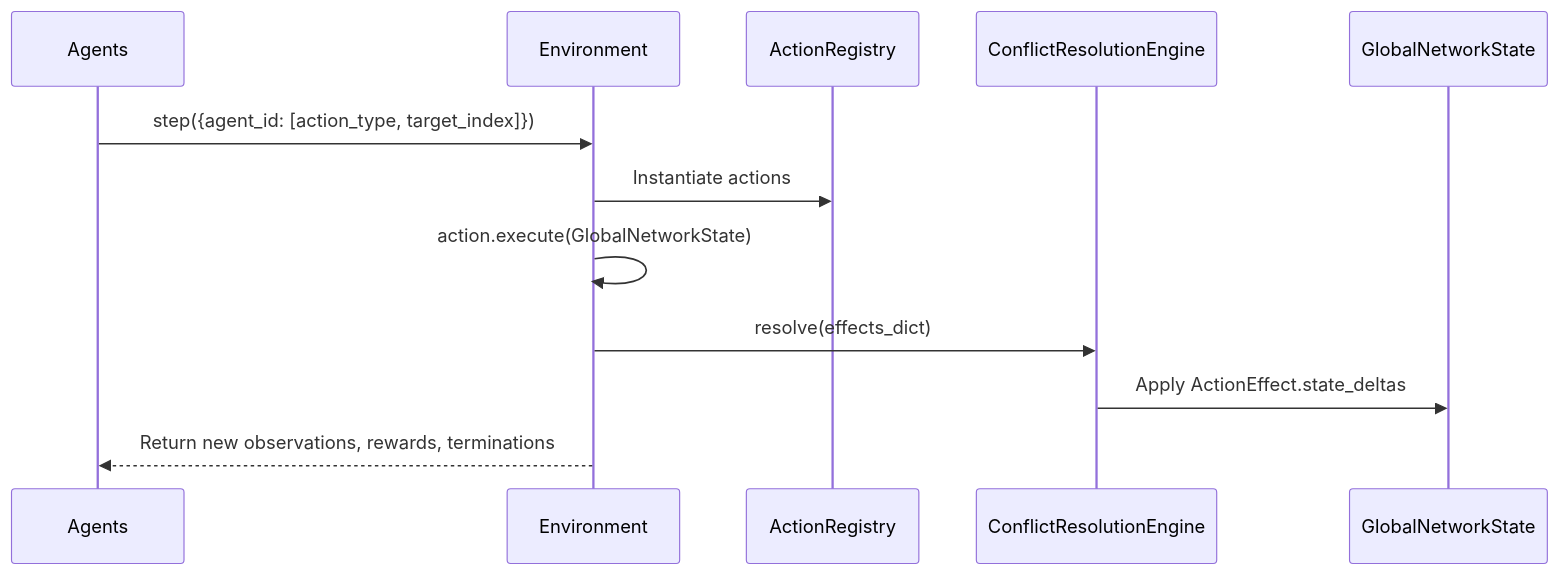
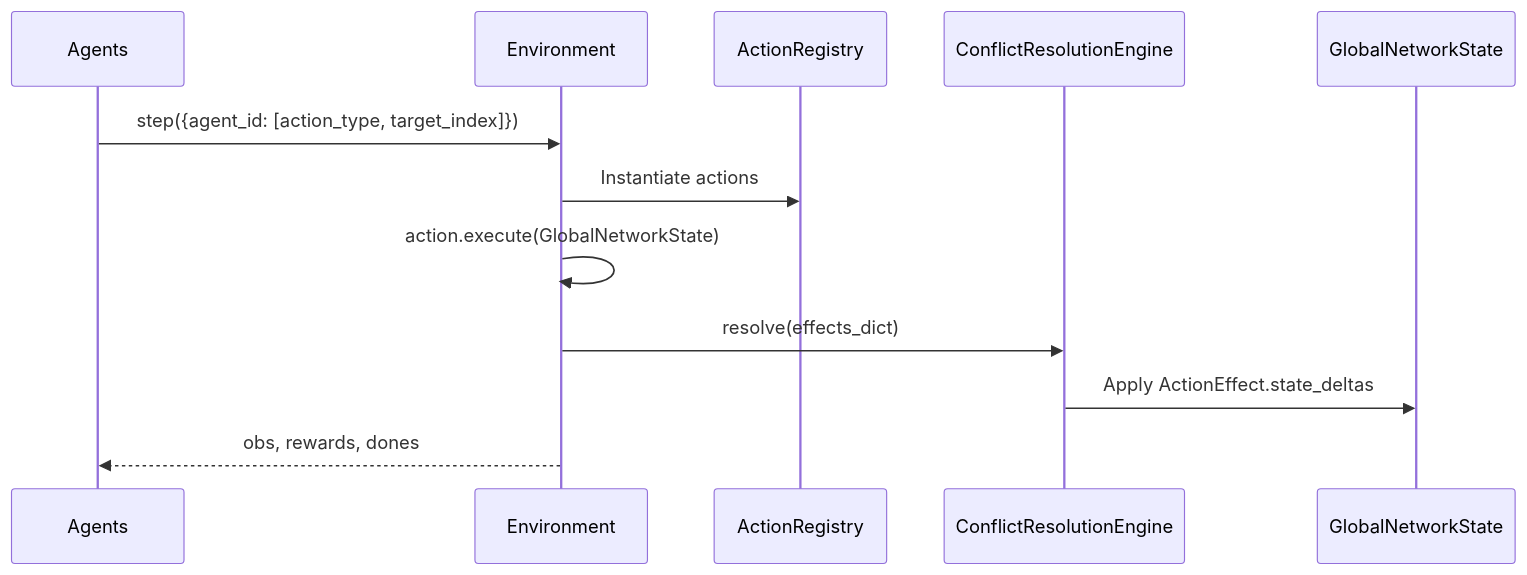
The first of 2 diagrams in docs/architecture/overview.md (reforcemind/NetForge_RL), drawn with Mermaid before and after one commit. The commit also changed other lines of this file and 17 other files, not shown here.

````diff
--- a/docs/architecture/overview.md
+++ b/docs/architecture/overview.md
@@ -6,15 +8,15 @@
 ```mermaid
 sequenceDiagram
     participant Agents
     participant Environment
     participant ActionRegistry
     participant ConflictResolutionEngine
     participant GlobalNetworkState
 
     Agents->>Environment: step({agent_id: [action_type, target_index]})
     Environment->>ActionRegistry: Instantiate actions
     Environment->>Environment: action.execute(GlobalNetworkState)
     Environment->>ConflictResolutionEngine: resolve(effects_dict)
     ConflictResolutionEngine->>GlobalNetworkState: Apply ActionEffect.state_deltas
-    Environment-->>Agents: Return new observations, rewards, terminations
+    Environment-->>Agents: obs, rewards, dones
 ```
````
